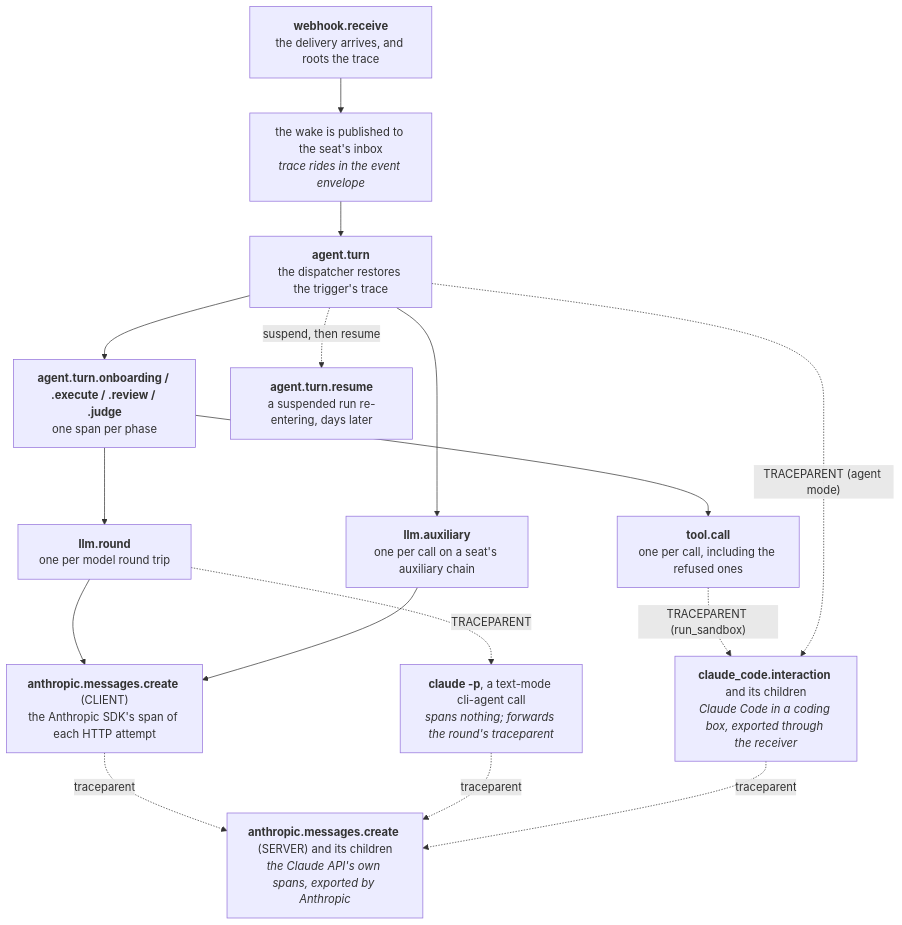
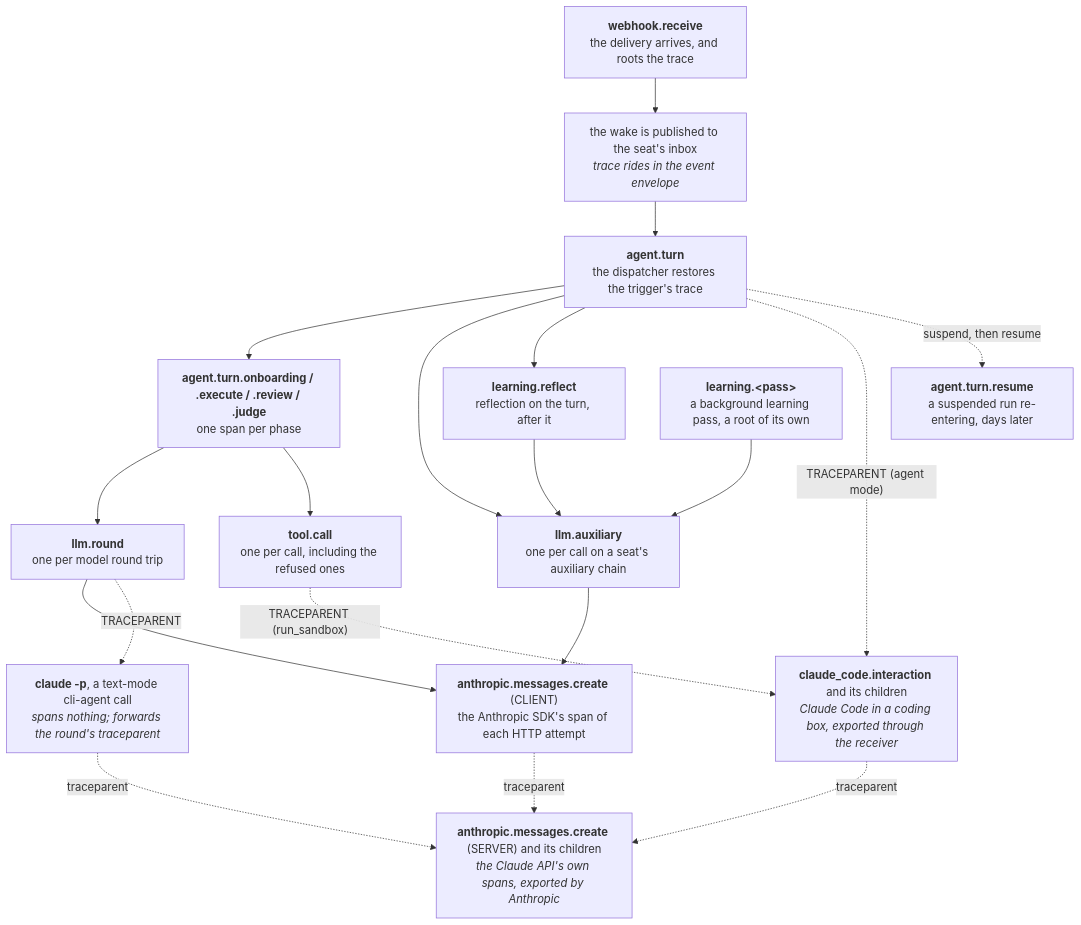
The diagram in docs/guides/deployment.md (crewlet/crewlet), drawn with Mermaid before and after one commit. The commit also changed other lines of this file and 11 other files, not shown here.

````diff
--- a/docs/guides/deployment.md
+++ b/docs/guides/deployment.md
@@ -1218,28 +1218,33 @@
 ```mermaid
 flowchart TD
     A["<b>webhook.receive</b><br/>the delivery arrives, and roots the trace"]
     B["the wake is published to the seat's inbox<br/><i>trace rides in the event envelope</i>"]
     C["<b>agent.turn</b><br/>the dispatcher restores the trigger's trace"]
     D["<b>agent.turn.onboarding / .execute / .review / .judge</b><br/>one span per phase"]
     E["<b>llm.round</b><br/>one per model round trip"]
     F["<b>tool.call</b><br/>one per call, including the refused ones"]
     G["<b>agent.turn.resume</b><br/>a suspended run re-entering, days later"]
     L["<b>llm.auxiliary</b><br/>one per call on a seat's auxiliary chain"]
+    R["<b>learning.reflect</b><br/>reflection on the turn, after it"]
+    P["<b>learning.&lt;pass&gt;</b><br/>a background learning pass, a root of its own"]
     H["<b>anthropic.messages.create</b> (CLIENT)<br/>the Anthropic SDK's span of each HTTP attempt"]
     J["<b>claude -p</b>, a text-mode cli-agent call<br/><i>spans nothing; forwards the round's traceparent</i>"]
     K["<b>claude_code.interaction</b> and its children<br/><i>Claude Code in a coding box, exported through the receiver</i>"]
     I["<b>anthropic.messages.create</b> (SERVER) and its children<br/><i>the Claude API's own spans, exported by Anthropic</i>"]
     A --> B --> C --> D
     D --> E
     D --> F
     E --> H
     C --> L
+    C --> R
+    R --> L
+    P --> L
     L --> H
     E -.->|"TRACEPARENT"| J
     F -.->|"TRACEPARENT (run_sandbox)"| K
     C -.->|"TRACEPARENT (agent mode)"| K
     H -.->|"traceparent"| I
     J -.->|"traceparent"| I
     K -.->|"traceparent"| I
     C -.->|"suspend, then resume"| G
 ```
````
